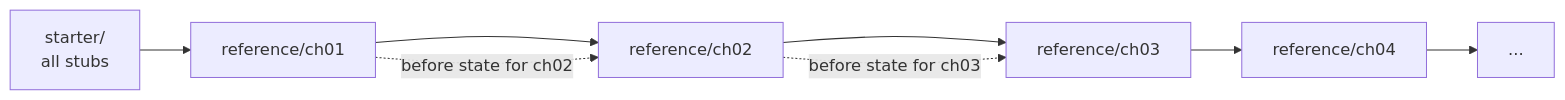
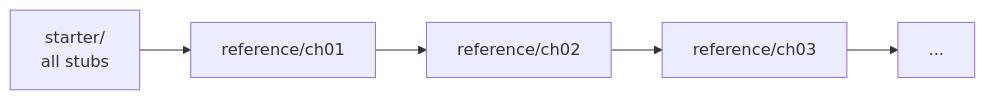
Before and after one commit to theakhandpatel/kata: the third of 4 diagrams in docs/architecture.md, drawn with Mermaid. The commit also changed other lines of this file and 5 other files, not shown here.

Commit message:
docs: architecture matches the code; chapter pages share one shape

````diff
--- a/docs/architecture.md
+++ b/docs/architecture.md
@@ -93,11 +92,7 @@
 ```mermaid
 flowchart LR
     S["starter/<br/>all stubs"] --> A1["reference/ch01"]
     A1 --> A2["reference/ch02"]
     A2 --> A3["reference/ch03"]
-    A3 --> A4["reference/ch04"]
-    A4 --> D["..."]
-
-    A1 -. "before state for ch02" .-> A2
-    A2 -. "before state for ch03" .-> A3
+    A3 --> D["..."]
 ```
````
